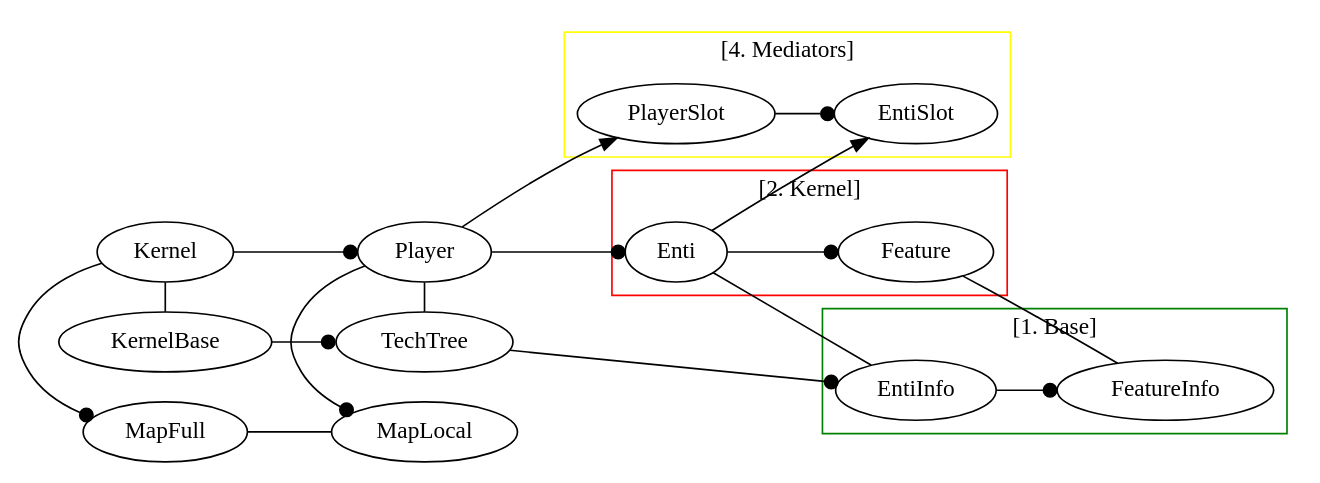
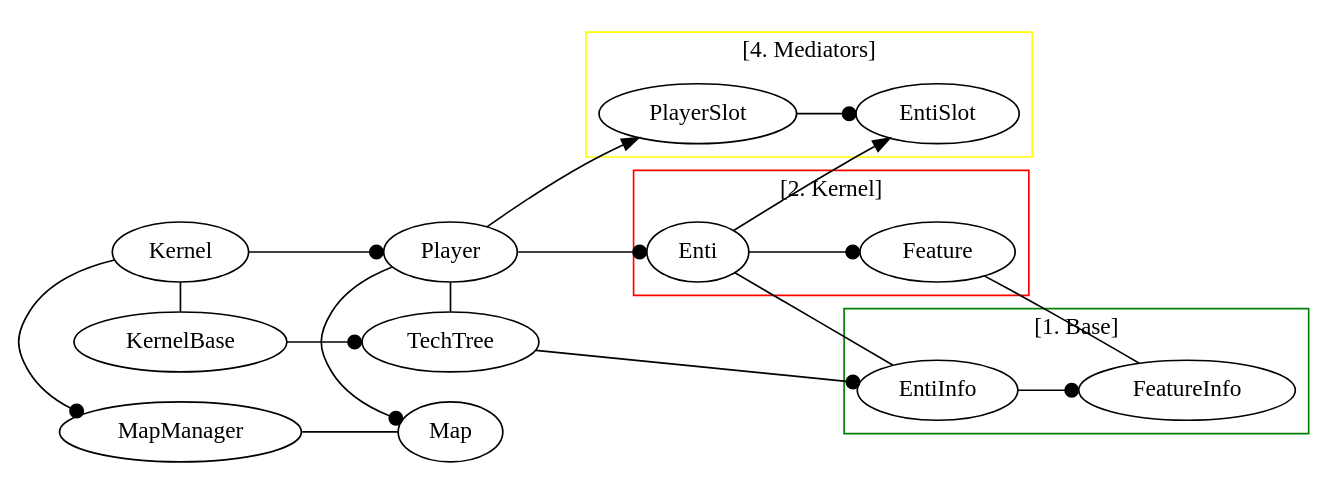
The diagram in docs/dot_diagrams/Strategix.dot (Akela1101/strategix), drawn with Graphviz before and after one commit. The commit also changed 51 other files, not shown here.

```diff
--- a/docs/dot_diagrams/Strategix.dot
+++ b/docs/dot_diagrams/Strategix.dot
@@ -1,51 +1,51 @@
 digraph G 
 {
 	rankdir = LR;
 
 	subgraph cluster2
 	{
 		label = "[3. Maps]"
 		color = blue;		
-		MapFull -> MapLocal [arrowhead = none]
+		MapManager -> Map [arrowhead = none]
 	}
 
 	subgraph cluster3
 	{
 		label = "[4. Mediators]"
 		color = yellow;		
 		PlayerSlot -> EntiSlot [arrowhead = dot]
 	}
 
 	subgraph cluster0
 	{
 		label = "[2. Kernel]"
 		color = red;
 		Kernel -> Player [arrowhead = dot]
 		Player -> Enti [arrowhead = dot]
 		Enti -> Feature [arrowhead = dot]
 	}
 	
 	subgraph cluster1
 	{
 		label = "[1. Base]"
 		color = green;		
 		KernelBase -> TechTree [arrowhead = dot]
 		TechTree -> EntiInfo [arrowhead = dot]
 		EntiInfo -> FeatureInfo [arrowhead = dot]
 	}
 	
-	Kernel -> MapFull [arrowhead = dot]
+	Kernel -> MapManager [arrowhead = dot]
 	Kernel -> KernelBase [arrowhead = none]
 	
 	Player -> PlayerSlot
 	Player -> TechTree [arrowhead = none]
-	Player -> MapLocal [arrowhead = dot]
+	Player -> Map [arrowhead = dot]
 	
 	Enti -> EntiSlot
 	Enti -> EntiInfo [arrowhead = none]
 
 	Feature -> FeatureInfo [arrowhead = none]
 	
-	{rank = same; Kernel; KernelBase; MapFull;}
-	{rank = same; Player; MapLocal; TechTree}
+	{rank = same; Kernel; KernelBase; MapManager;}
+	{rank = same; Player; Map; TechTree}
 }
```
